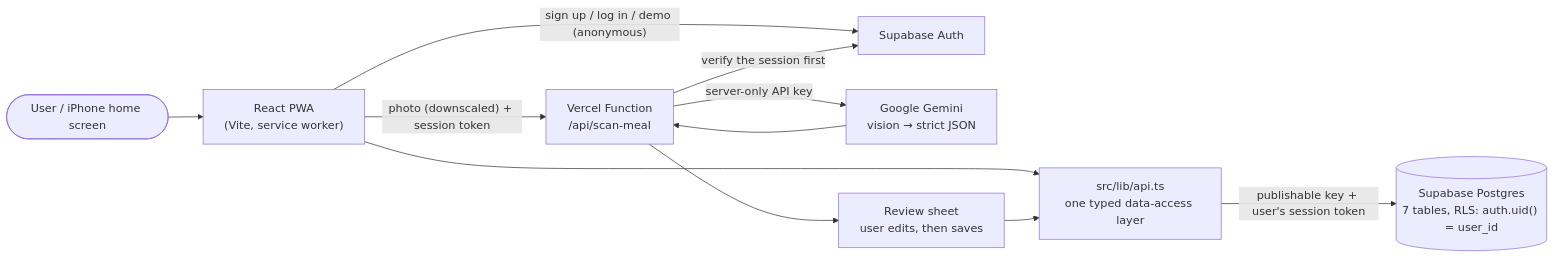
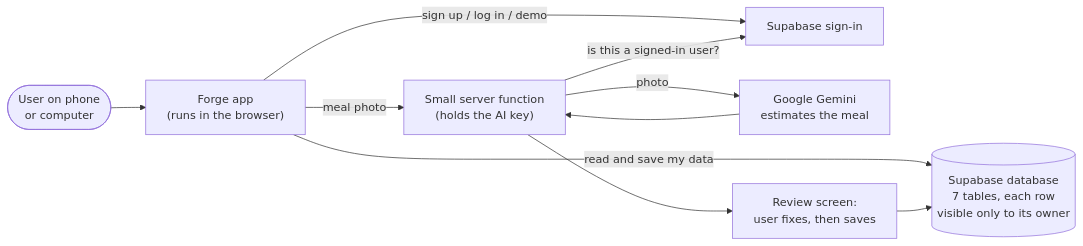
One commit to guyavron/forge-pwa changed the diagram in README.md. Above: the diagram before and after it, drawn with Mermaid. The commit also changed other lines of this file, not shown here.

````diff
--- a/README.md
+++ b/README.md
@@ -67,12 +67,11 @@
 ```mermaid
 flowchart LR
-    U([User / iPhone home screen]) --> APP["React PWA<br/>(Vite, service worker)"]
-    APP --> API["src/lib/api.ts<br/>one typed data-access layer"]
-    API -->|"publishable key + user's session token"| DB[("Supabase Postgres<br/>7 tables, RLS: auth.uid() = user_id")]
-    APP -->|"sign up / log in / demo (anonymous)"| AUTH[Supabase Auth]
-    APP -->|"photo (downscaled) + session token"| FN["Vercel Function<br/>/api/scan-meal"]
-    FN -->|"verify the session first"| AUTH
-    FN -->|"server-only API key"| GEM["Google Gemini<br/>vision → strict JSON"]
-    GEM --> FN --> REV["Review sheet<br/>user edits, then saves"]
-    REV --> API
+    U([User on phone<br/>or computer]) --> APP["Forge app<br/>(runs in the browser)"]
+    APP -->|"sign up / log in / demo"| AUTH[Supabase sign-in]
+    APP -->|"read and save my data"| DB[("Supabase database<br/>7 tables, each row<br/>visible only to its owner")]
+    APP -->|"meal photo"| FN["Small server function<br/>(holds the AI key)"]
+    FN -->|"is this a signed-in user?"| AUTH
+    FN -->|"photo"| GEM["Google Gemini<br/>estimates the meal"]
+    GEM --> FN --> REV["Review screen:<br/>user fixes, then saves"]
+    REV --> DB
 ```
````
